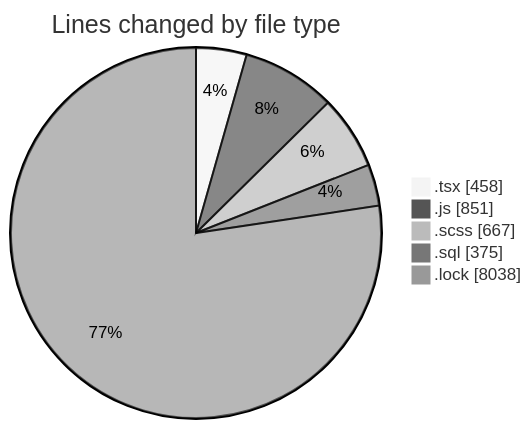
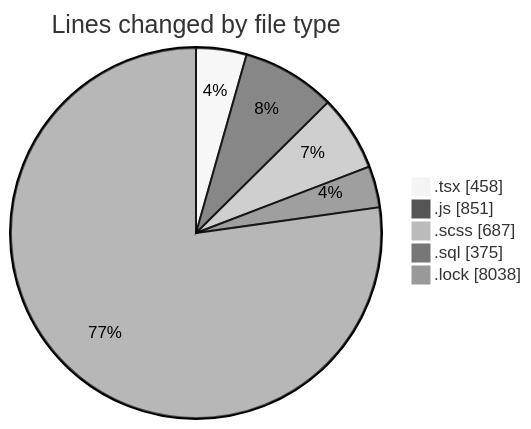
The first of 2 diagrams in 2025-03-18/cda/README.md (momahboobian/code-tracking), drawn with Mermaid (neutral theme) before and after one commit. The commit also changed other lines of this file and 1 other file, not shown here.

````diff
--- a/2025-03-18/cda/README.md
+++ b/2025-03-18/cda/README.md
@@ -30,9 +30,9 @@
 ```mermaid
 pie showData
 title Lines changed by file type
 ".tsx" : 458
 ".js" : 851
-".scss" : 667
+".scss" : 687
 ".sql" : 375
 ".lock" : 8038
 ```
````
